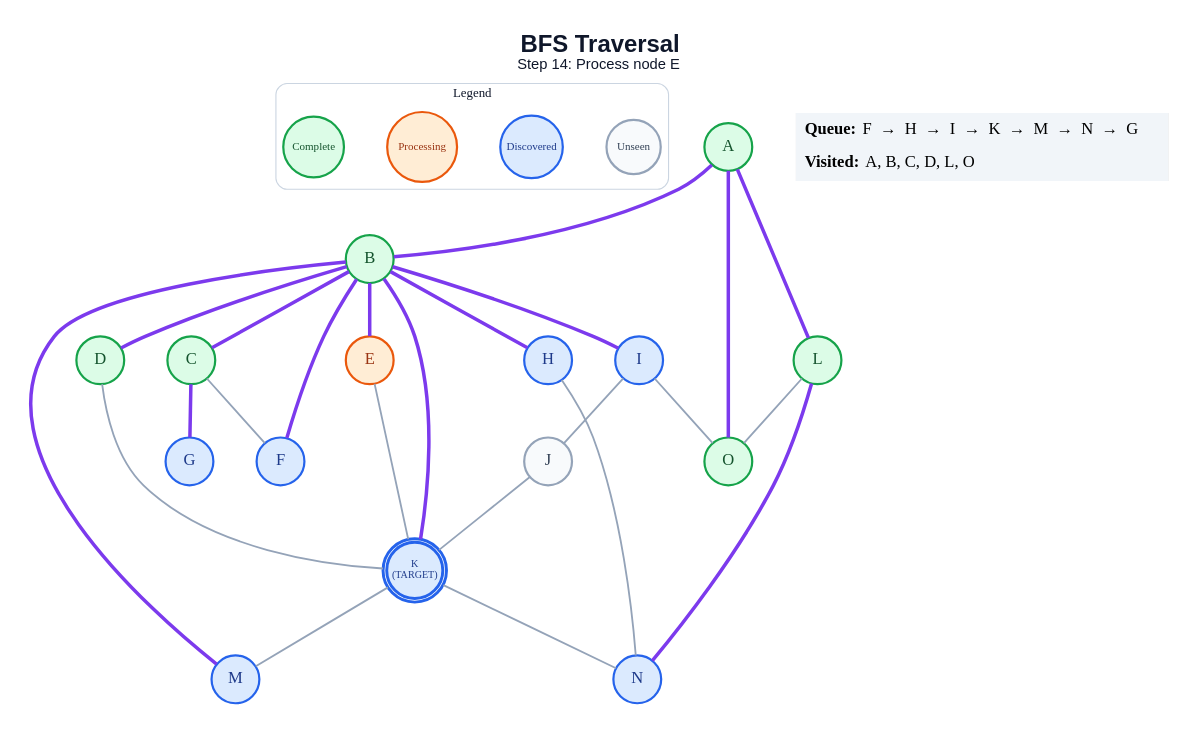
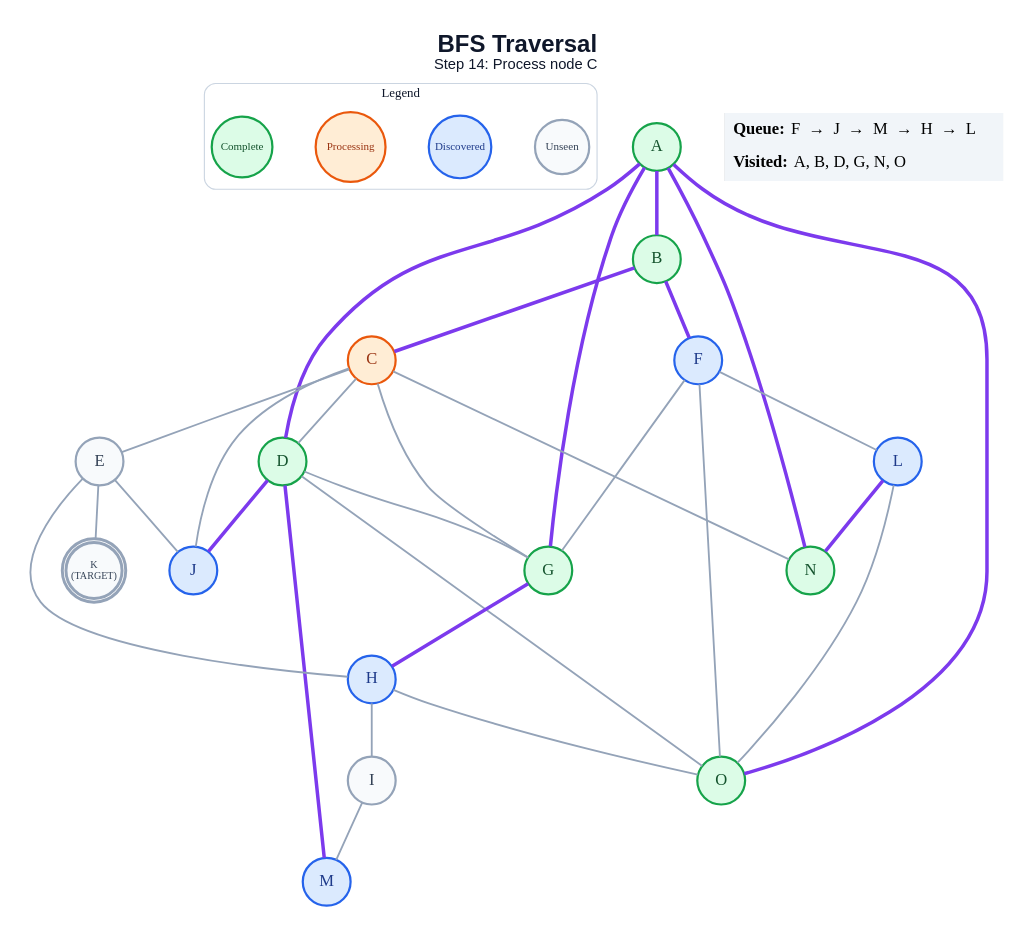
Before and after one commit to anon7238593-create/ai-slop: the diagram in generated/specific-node/bfs/step_14.dot, drawn with Graphviz. The commit also changed 304 other files, not shown here.

```diff
--- a/generated/specific-node/bfs/step_14.dot
+++ b/generated/specific-node/bfs/step_14.dot
@@ -1,57 +1,62 @@
 graph traversal {
   graph [layout=dot, rankdir=TB, bgcolor="#FFFFFF", pad="0.35", nodesep="0.65", ranksep="0.8", fontname="Arial"];
   node [shape=circle, style="filled", fontname="Arial Bold", fontsize=18, width=0.72, fixedsize=true, penwidth=2.4];
   edge [color="#94A3B8", penwidth=2.0];
-  label=<<B>BFS Traversal</B><BR/><FONT POINT-SIZE="16">Step 14: Process node E</FONT>>; labelloc="t"; fontsize=26; fontname="Arial"; fontcolor="#0F172A";
+  label=<<B>BFS Traversal</B><BR/><FONT POINT-SIZE="16">Step 14: Process node C</FONT>>; labelloc="t"; fontsize=26; fontname="Arial"; fontcolor="#0F172A";
   subgraph cluster_legend { label="Legend"; color="#CBD5E1"; penwidth=1.2; style="rounded"; fontsize=14; fontname="Arial Bold";
     key_unseen [label="Unseen", fillcolor="#F8FAFC", color="#94A3B8", fontcolor="#334155", fontsize=12, width=0.82];
     key_frontier [label="Discovered", fillcolor="#DBEAFE", color="#2563EB", fontcolor="#1E3A8A", fontsize=12, width=0.95];
     key_current [label="Processing", fillcolor="#FFEDD5", color="#EA580C", fontcolor="#9A3412", fontsize=12, width=1.05];
     key_done [label="Complete", fillcolor="#DCFCE7", color="#16A34A", fontcolor="#14532D", fontsize=12, width=0.92];
     { rank=same; key_unseen; key_frontier; key_current; key_done; }
   }
   A [label="A", fillcolor="#DCFCE7", color="#16A34A", fontcolor="#14532D", peripheries=1, penwidth=2.4];
   B [label="B", fillcolor="#DCFCE7", color="#16A34A", fontcolor="#14532D", peripheries=1, penwidth=2.4];
-  C [label="C", fillcolor="#DCFCE7", color="#16A34A", fontcolor="#14532D", peripheries=1, penwidth=2.4];
+  C [label="C", fillcolor="#FFEDD5", color="#EA580C", fontcolor="#9A3412", peripheries=1, penwidth=2.4];
   D [label="D", fillcolor="#DCFCE7", color="#16A34A", fontcolor="#14532D", peripheries=1, penwidth=2.4];
-  E [label="E", fillcolor="#FFEDD5", color="#EA580C", fontcolor="#9A3412", peripheries=1, penwidth=2.4];
+  E [label="E", fillcolor="#F8FAFC", color="#94A3B8", fontcolor="#334155", peripheries=1, penwidth=2.4];
   F [label="F", fillcolor="#DBEAFE", color="#2563EB", fontcolor="#1E3A8A", peripheries=1, penwidth=2.4];
-  G [label="G", fillcolor="#DBEAFE", color="#2563EB", fontcolor="#1E3A8A", peripheries=1, penwidth=2.4];
+  G [label="G", fillcolor="#DCFCE7", color="#16A34A", fontcolor="#14532D", peripheries=1, penwidth=2.4];
   H [label="H", fillcolor="#DBEAFE", color="#2563EB", fontcolor="#1E3A8A", peripheries=1, penwidth=2.4];
-  I [label="I", fillcolor="#DBEAFE", color="#2563EB", fontcolor="#1E3A8A", peripheries=1, penwidth=2.4];
-  J [label="J", fillcolor="#F8FAFC", color="#94A3B8", fontcolor="#334155", peripheries=1, penwidth=2.4];
-  K [label="K\n(TARGET)", fillcolor="#DBEAFE", color="#2563EB", fontcolor="#1E3A8A", peripheries=2, penwidth=3.2, fontsize=11, width=0.85, height=0.85];
-  L [label="L", fillcolor="#DCFCE7", color="#16A34A", fontcolor="#14532D", peripheries=1, penwidth=2.4];
+  I [label="I", fillcolor="#F8FAFC", color="#94A3B8", fontcolor="#334155", peripheries=1, penwidth=2.4];
+  J [label="J", fillcolor="#DBEAFE", color="#2563EB", fontcolor="#1E3A8A", peripheries=1, penwidth=2.4];
+  K [label="K\n(TARGET)", fillcolor="#F8FAFC", color="#94A3B8", fontcolor="#334155", peripheries=2, penwidth=3.2, fontsize=11, width=0.85, height=0.85];
+  L [label="L", fillcolor="#DBEAFE", color="#2563EB", fontcolor="#1E3A8A", peripheries=1, penwidth=2.4];
   M [label="M", fillcolor="#DBEAFE", color="#2563EB", fontcolor="#1E3A8A", peripheries=1, penwidth=2.4];
-  N [label="N", fillcolor="#DBEAFE", color="#2563EB", fontcolor="#1E3A8A", peripheries=1, penwidth=2.4];
+  N [label="N", fillcolor="#DCFCE7", color="#16A34A", fontcolor="#14532D", peripheries=1, penwidth=2.4];
   O [label="O", fillcolor="#DCFCE7", color="#16A34A", fontcolor="#14532D", peripheries=1, penwidth=2.4];
   A -- B [color="#7C3AED", penwidth=3.8];
-  A -- L [color="#7C3AED", penwidth=3.8];
+  A -- D [color="#7C3AED", penwidth=3.8];
+  A -- G [color="#7C3AED", penwidth=3.8];
+  A -- N [color="#7C3AED", penwidth=3.8];
   A -- O [color="#7C3AED", penwidth=3.8];
   B -- C [color="#7C3AED", penwidth=3.8];
-  B -- D [color="#7C3AED", penwidth=3.8];
-  B -- E [color="#7C3AED", penwidth=3.8];
   B -- F [color="#7C3AED", penwidth=3.8];
-  B -- H [color="#7C3AED", penwidth=3.8];
-  B -- I [color="#7C3AED", penwidth=3.8];
-  B -- K [color="#7C3AED", penwidth=3.8];
-  B -- M [color="#7C3AED", penwidth=3.8];
-  C -- F;
-  C -- G [color="#7C3AED", penwidth=3.8];
-  D -- K;
+  C -- D;
+  C -- E;
+  C -- G;
+  C -- J;
+  C -- N;
+  D -- G;
+  D -- J [color="#7C3AED", penwidth=3.8];
+  D -- M [color="#7C3AED", penwidth=3.8];
+  D -- O;
+  E -- H;
+  E -- J;
   E -- K;
-  H -- N;
-  I -- J;
-  I -- O;
-  J -- K;
-  K -- M;
-  K -- N;
+  F -- G;
+  F -- L;
+  F -- O;
+  G -- H [color="#7C3AED", penwidth=3.8];
+  H -- I;
+  H -- O;
+  I -- M;
   L -- N [color="#7C3AED", penwidth=3.8];
   L -- O;
   status [shape=plain, fixedsize=false, width=0, height=0, margin=0, label=<
     <TABLE BORDER="0" CELLBORDER="0" CELLPADDING="7" BGCOLOR="#F1F5F9">
-      <TR><TD ALIGN="LEFT"><B>Queue:</B> F  →  H  →  I  →  K  →  M  →  N  →  G</TD></TR>
-      <TR><TD ALIGN="LEFT"><B>Visited:</B> A, B, C, D, L, O</TD></TR>
+      <TR><TD ALIGN="LEFT"><B>Queue:</B> F  →  J  →  M  →  H  →  L</TD></TR>
+      <TR><TD ALIGN="LEFT"><B>Visited:</B> A, B, D, G, N, O</TD></TR>
     </TABLE>
   >];
 }
```
